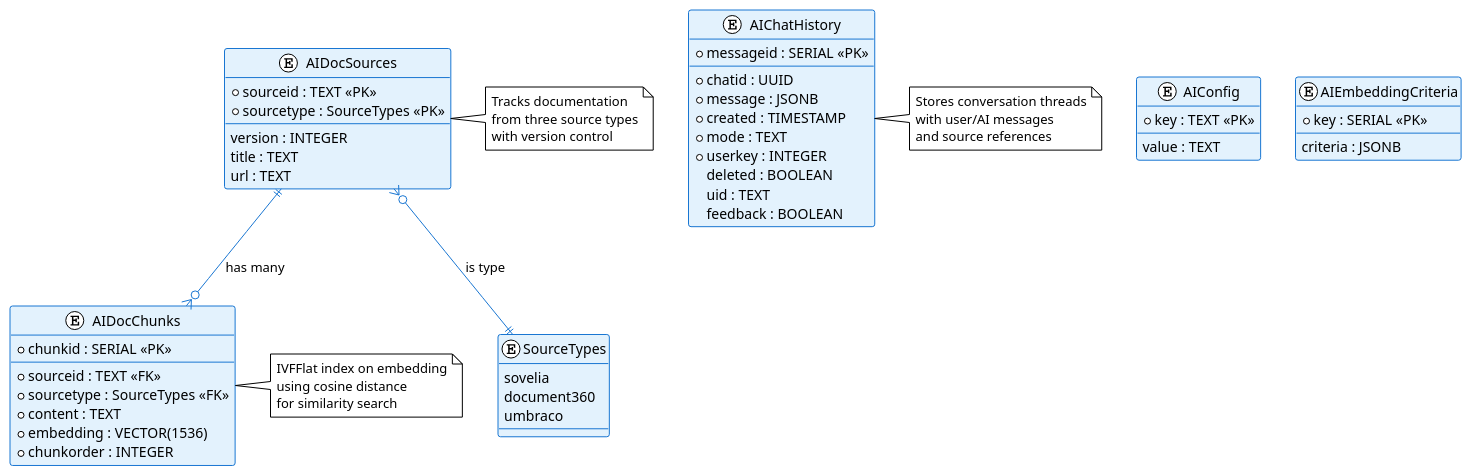
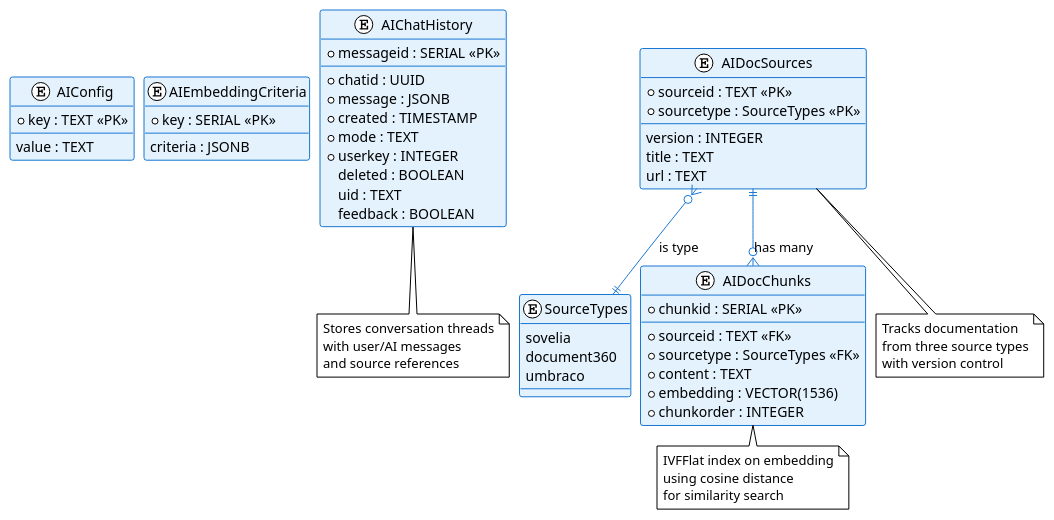
One commit to 3liasP/msc-thesis changed the diagram in diagrams/database-schema.pu. Above: the diagram before and after it, drawn with PlantUML. The commit also changed 11 other files, not shown here.

Commit message:
draw: update diagrams for better rendering

```diff
--- a/diagrams/database-schema.pu
+++ b/diagrams/database-schema.pu
@@ -1,81 +1,83 @@
 @startuml
 !theme plain
 
 skinparam class {
     BackgroundColor #E3F2FD
     BorderColor #1976D2
     ArrowColor #1976D2
 }
+skinparam nodesep 10
+skinparam ranksep 20
 
 entity "AIConfig" as config {
     * key : TEXT <<PK>>
     --
     value : TEXT
 }
 
 entity "AIEmbeddingCriteria" as criteria {
     * key : SERIAL <<PK>>
     --
     criteria : JSONB
 }
 
 entity "AIChatHistory" as history {
     * messageid : SERIAL <<PK>>
     --
     * chatid : UUID
     * message : JSONB
     * created : TIMESTAMP
     * mode : TEXT
     * userkey : INTEGER
     deleted : BOOLEAN
     uid : TEXT
     feedback : BOOLEAN
 }
 
 enum "SourceTypes" as sourcetypes {
     sovelia
     document360
     umbraco
 }
 
 entity "AIDocSources" as sources {
     * sourceid : TEXT <<PK>>
     * sourcetype : SourceTypes <<PK>>
     --
     version : INTEGER
     title : TEXT
     url : TEXT
 }
 
 entity "AIDocChunks" as chunks {
     * chunkid : SERIAL <<PK>>
     --
     * sourceid : TEXT <<FK>>
     * sourcetype : SourceTypes <<FK>>
     * content : TEXT
     * embedding : VECTOR(1536)
     * chunkorder : INTEGER
 }
 
 sources ||--o{ chunks : "has many"
 sources }o--|| sourcetypes : "is type"
 
-note right of chunks
+note bottom of chunks
     IVFFlat index on embedding
     using cosine distance
     for similarity search
 end note
 
-note right of history
+note bottom of history
     Stores conversation threads
     with user/AI messages
     and source references
 end note
 
-note right of sources
+note bottom of sources
     Tracks documentation
     from three source types
     with version control
 end note
 
 @enduml
```
